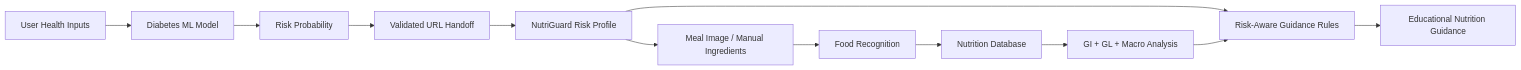
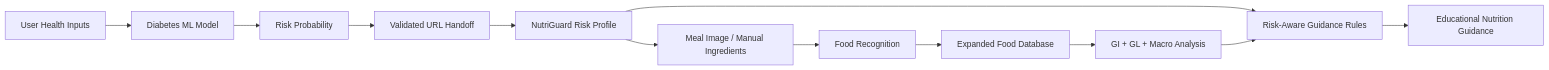
One commit to kashish-alt0786/NutriGuard-AI changed the diagram in README.md. Above: the diagram before and after it, drawn with Mermaid. The commit also changed other lines of this file, not shown here.

Commit message:
Document expanded everyday-food nutrition database

````diff
--- a/README.md
+++ b/README.md
@@ -16,14 +16,14 @@
 ```mermaid
 flowchart LR
     A[User Health Inputs] --> B[Diabetes ML Model]
     B --> C[Risk Probability]
     C --> D[Validated URL Handoff]
     D --> E[NutriGuard Risk Profile]
     E --> F[Meal Image / Manual Ingredients]
     F --> G[Food Recognition]
-    G --> H[Nutrition Database]
+    G --> H[Expanded Food Database]
     H --> I[GI + GL + Macro Analysis]
     E --> J[Risk-Aware Guidance Rules]
     I --> J
     J --> K[Educational Nutrition Guidance]
 ```
````
